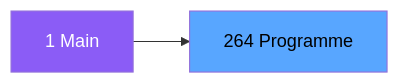
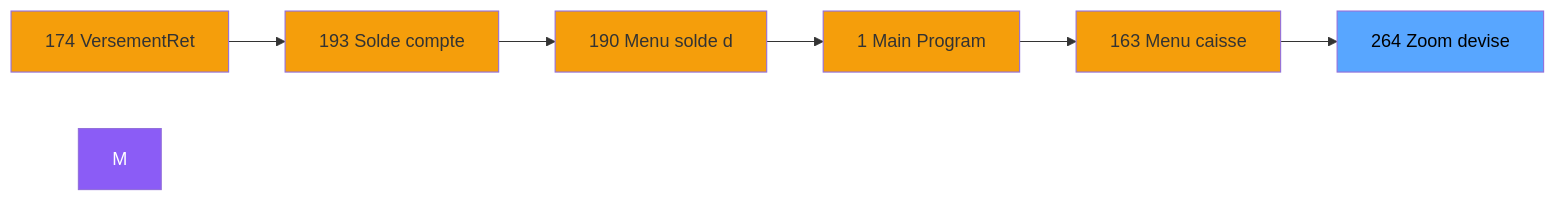
One commit to thonyAGP/magic-migration changed the second of 3 diagrams in .openspec/specs/ADH-IDE-264.md. Above: the diagram before and after it, drawn with Mermaid. The commit also changed other lines of this file and 323 other files, not shown here.

````diff
--- a/.openspec/specs/ADH-IDE-264.md
+++ b/.openspec/specs/ADH-IDE-264.md
@@ -98,8 +112,21 @@
 ```mermaid
 graph LR
-    M[1 Main]
-    T[264 Programme]
-    M --> T
+    N174[174 VersementRet]
+    N193[193 Solde compte]
+    N190[190 Menu solde d]
+    N1[1 Main Program]
+    N163[163 Menu caisse ]
+    T[264 Zoom devise ]
+    N174 --> N193
+    N193 --> N190
+    N190 --> N1
+    N1 --> N163
+    N163 --> T
     style M fill:#8b5cf6,color:#fff
+    style N174 fill:#f59e0b
+    style N193 fill:#f59e0b
+    style N190 fill:#f59e0b
+    style N1 fill:#f59e0b
+    style N163 fill:#f59e0b
     style T fill:#58a6ff,color:#000
 ```
````
